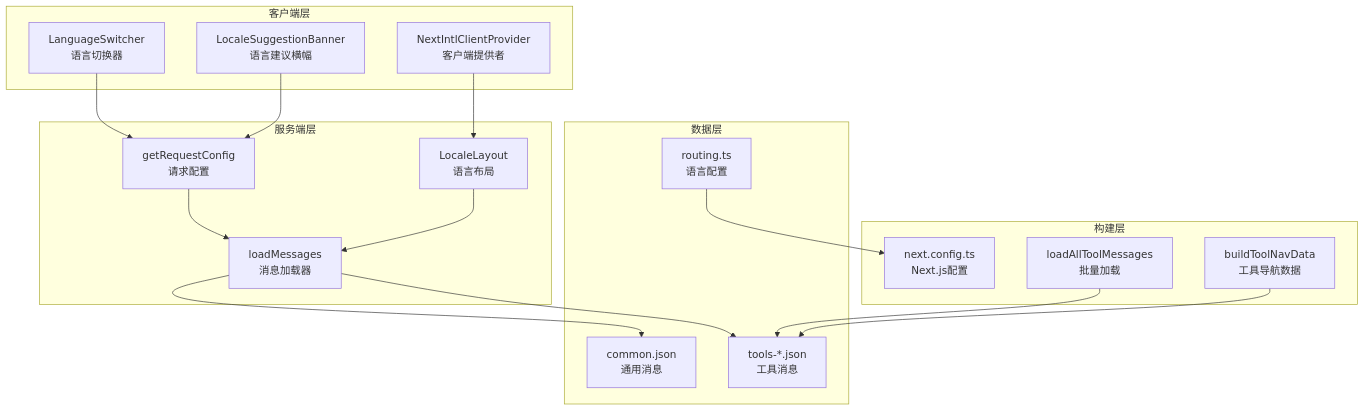
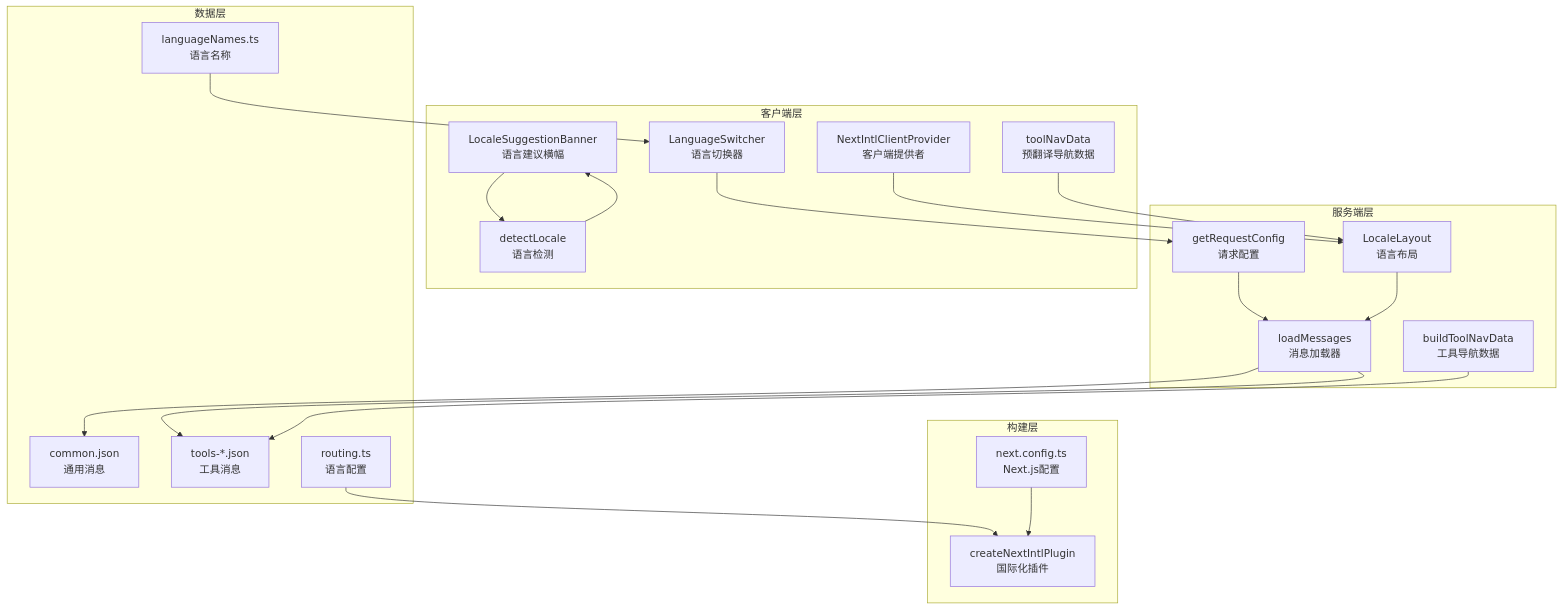
The fourth of 12 diagrams in .qoder/repowiki/zh/content/国际化实现/国际化实现.md (sgyy/privadeck), drawn with Mermaid before and after one commit. The commit also changed other lines of this file and 10 other files, not shown here.

````diff
--- a/.qoder/repowiki/zh/content/国际化实现/国际化实现.md
+++ b/.qoder/repowiki/zh/content/国际化实现/国际化实现.md
@@ -168,33 +188,39 @@
 ```mermaid
 graph TB
 subgraph "客户端层"
 A[LanguageSwitcher<br/>语言切换器]
 B[LocaleSuggestionBanner<br/>语言建议横幅]
 C[NextIntlClientProvider<br/>客户端提供者]
+D[toolNavData<br/>预翻译导航数据]
+E[detectLocale<br/>语言检测]
 end
 subgraph "服务端层"
-D[getRequestConfig<br/>请求配置]
-E[LocaleLayout<br/>语言布局]
-F[loadMessages<br/>消息加载器]
+F[getRequestConfig<br/>请求配置]
+G[LocaleLayout<br/>语言布局]
+H[loadMessages<br/>消息加载器]
+I[buildToolNavData<br/>工具导航数据]
 end
 subgraph "数据层"
-G[common.json<br/>通用消息]
-H[tools-*.json<br/>工具消息]
-I[routing.ts<br/>语言配置]
+J[common.json<br/>通用消息]
+K[tools-*.json<br/>工具消息]
+L[routing.ts<br/>语言配置]
+M[languageNames.ts<br/>语言名称]
 end
 subgraph "构建层"
-J[next.config.ts<br/>Next.js配置]
-K[loadAllToolMessages<br/>批量加载]
-L[buildToolNavData<br/>工具导航数据]
+N[next.config.ts<br/>Next.js配置]
+O[createNextIntlPlugin<br/>国际化插件]
 end
-A --> D
-B --> D
-C --> E
-D --> F
-E --> F
-F --> G
+A --> F
+B --> E
+C --> G
+D --> G
+E --> B
 F --> H
-I --> J
-K --> H
-L --> H
+G --> H
+H --> J
+H --> K
+I --> K
+L --> O
+M --> A
+N --> O
 ```
````
